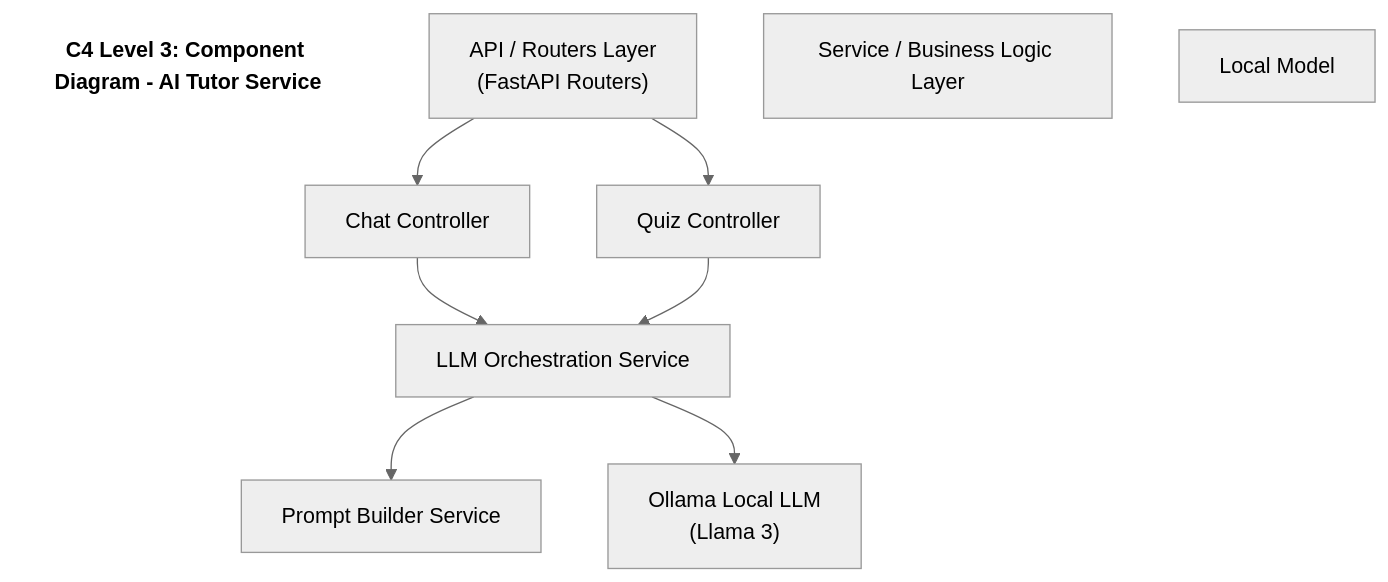
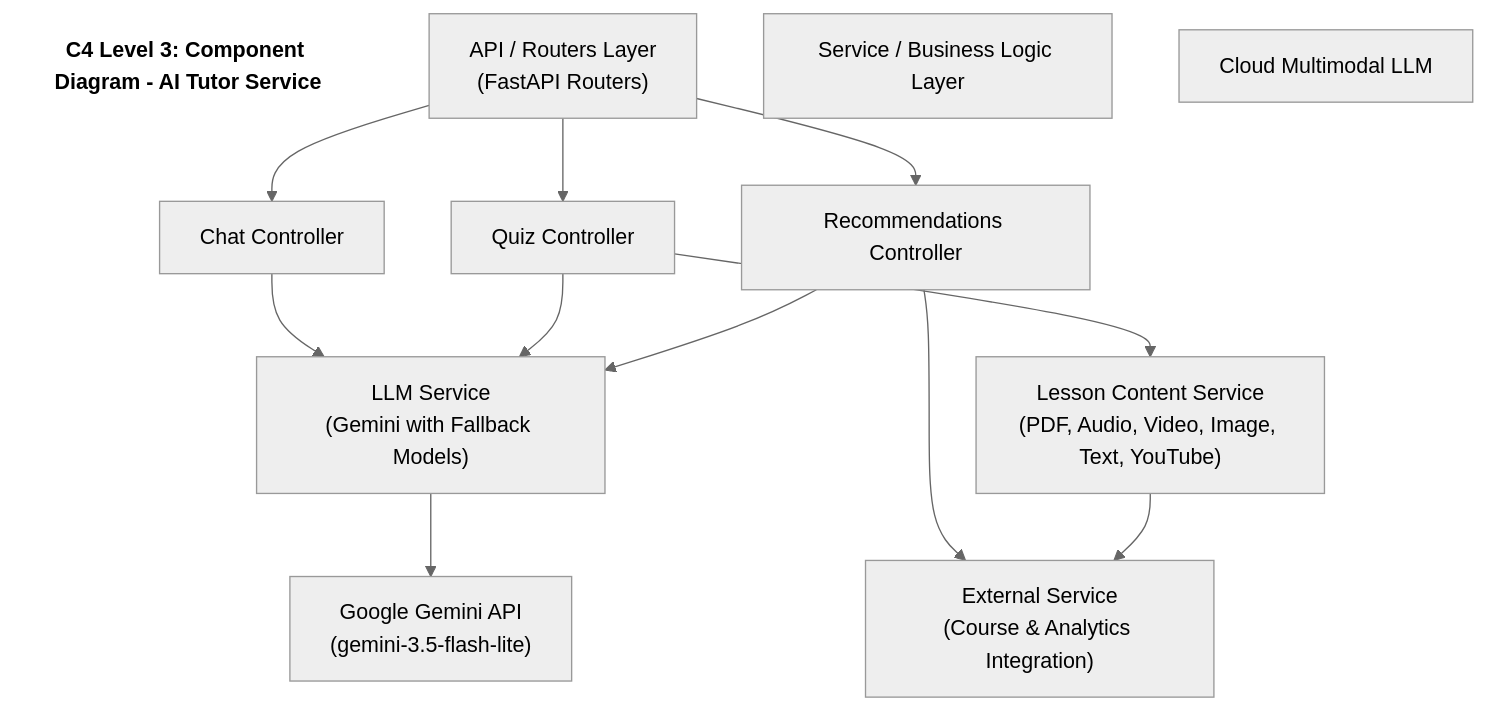
Before and after one commit to Sen-Se1/elearning-microservice-platform: the sixth of 10 diagrams in architecture.md, drawn with Mermaid (neutral theme). The commit also changed other lines of this file and 1 other file, not shown here.

Commit message:
refactor: migrate AI integration from local Ollama to Google Gemini API and update storage configurations

````diff
--- a/architecture.md
+++ b/architecture.md
@@ -180,23 +180,28 @@
 ```mermaid
 flowchart TD
     title["C4 Level 3: Component Diagram - AI Tutor Service"]
     style title fill:none,stroke:none,font-weight:bold,font-size:16px
 
     API["API / Routers Layer<br/>(FastAPI Routers)"]
     ChatCtrl["Chat Controller"]
     QuizCtrl["Quiz Controller"]
+    RecsCtrl["Recommendations Controller"]
     
     ServiceLayer["Service / Business Logic Layer"]
-    PromptLogic["Prompt Builder Service"]
-    LLMLogic["LLM Orchestration Service"]
+    LessonContent["Lesson Content Service<br/>(PDF, Audio, Video, Image, Text, YouTube)"]
+    LLMLogic["LLM Service<br/>(Gemini with Fallback Models)"]
+    ExternalSvc["External Service<br/>(Course & Analytics Integration)"]
     
-    External["Local Model"]
-    Ollama["Ollama Local LLM<br/>(Llama 3)"]
+    External["Cloud Multimodal LLM"]
+    Gemini["Google Gemini API<br/>(gemini-3.5-flash-lite)"]
 
-    API --> ChatCtrl & QuizCtrl
+    API --> ChatCtrl & QuizCtrl & RecsCtrl
     ChatCtrl --> LLMLogic
+    QuizCtrl --> LessonContent
     QuizCtrl --> LLMLogic
+    RecsCtrl --> ExternalSvc
+    RecsCtrl --> LLMLogic
     
-    LLMLogic --> PromptLogic
-    LLMLogic --> Ollama
+    LessonContent --> ExternalSvc
+    LLMLogic --> Gemini
 ```
````
